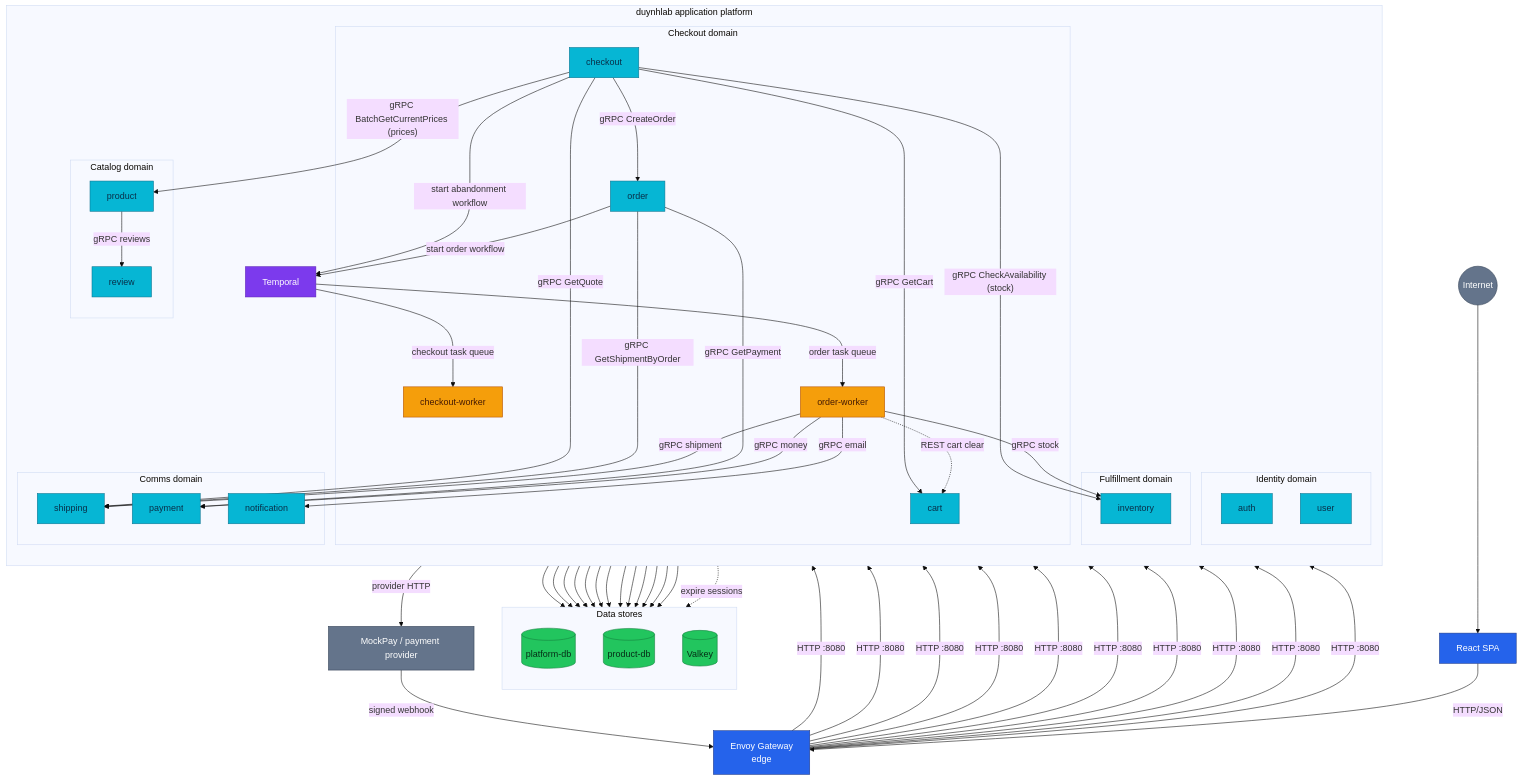
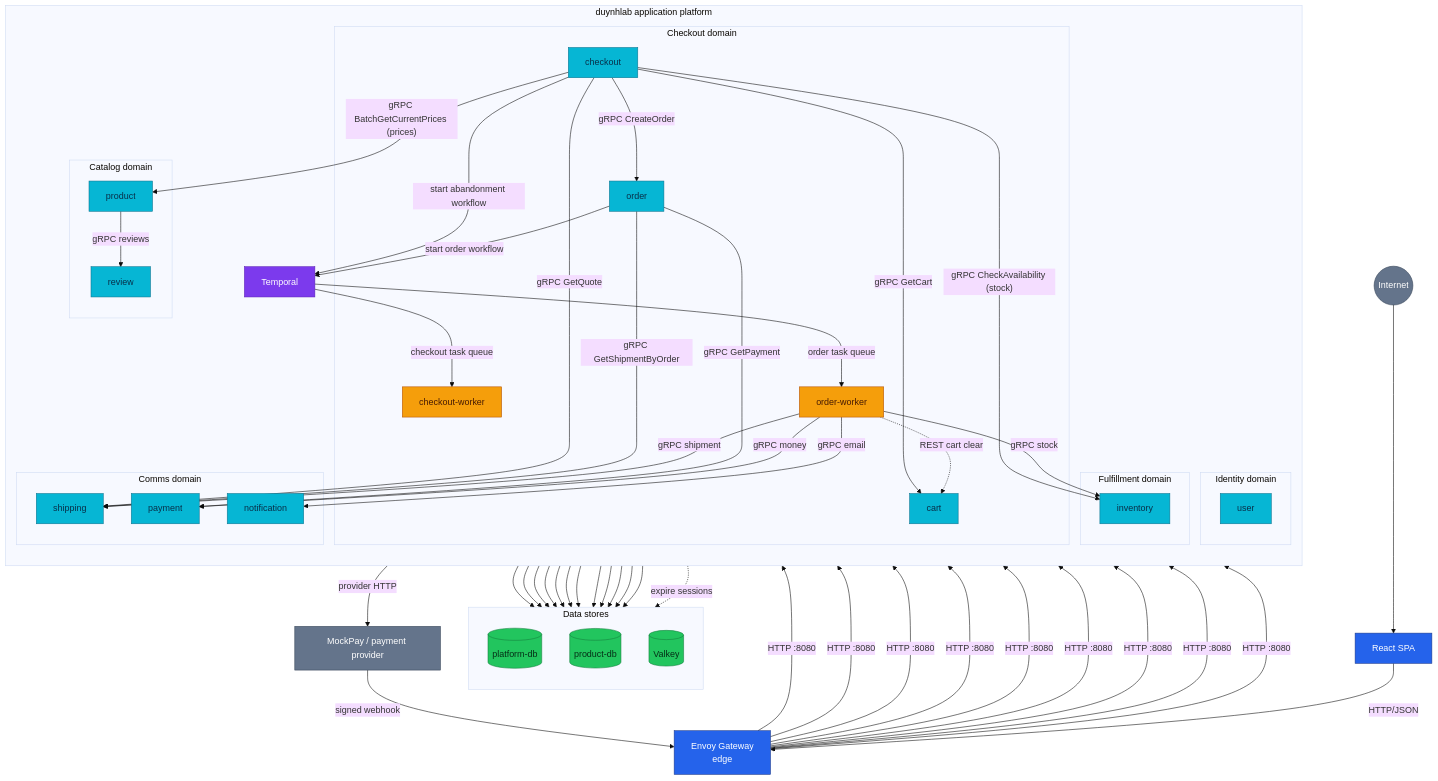
The first of 10 diagrams in docs/api/api.md (duynhlab/homelab), drawn with Mermaid (base theme) before and after one commit. The commit also changed other lines of this file and 24 other files, not shown here.

First line of the commit message:
Delete auth-service's cluster surface

```diff
--- a/docs/api/api.md
+++ b/docs/api/api.md
@@ -48,7 +48,6 @@
         direction TB
 
         subgraph Identity["Identity domain"]
-            Auth["auth"]
             User["user"]
         end
 
@@ -79,7 +78,6 @@
     end
 
     %% Edge -> domain entry points
-    Edge -->|"HTTP :8080"| Auth
     Edge -->|"HTTP :8080"| User
     Edge -->|"HTTP :8080"| Product
     Edge -->|"HTTP :8080"| Review
@@ -123,7 +121,6 @@
         Valkey[("Valkey")]
     end
 
-    Auth --> PlatformDB
     User --> PlatformDB
     Review --> PlatformDB
     Shipping --> PlatformDB
@@ -146,7 +143,7 @@
     classDef data fill:#22c55e,color:#052e16,stroke:#15803d;
     classDef external fill:#64748b,color:#fff,stroke:#334155;
     class Browser,Edge edge;
-    class Auth,User,Product,Review,Cart,Checkout,Order,Inventory,Shipping,Payment,Notification service;
+    class User,Product,Review,Cart,Checkout,Order,Inventory,Shipping,Payment,Notification service;
     class CheckoutWorker,OrderWorker worker;
     class Temporal platform;
     class PlatformDB,ProductDB,Valkey data;
```
